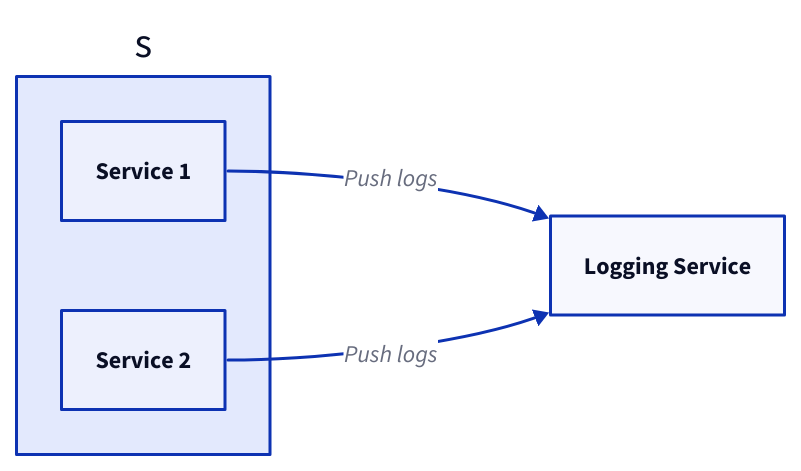
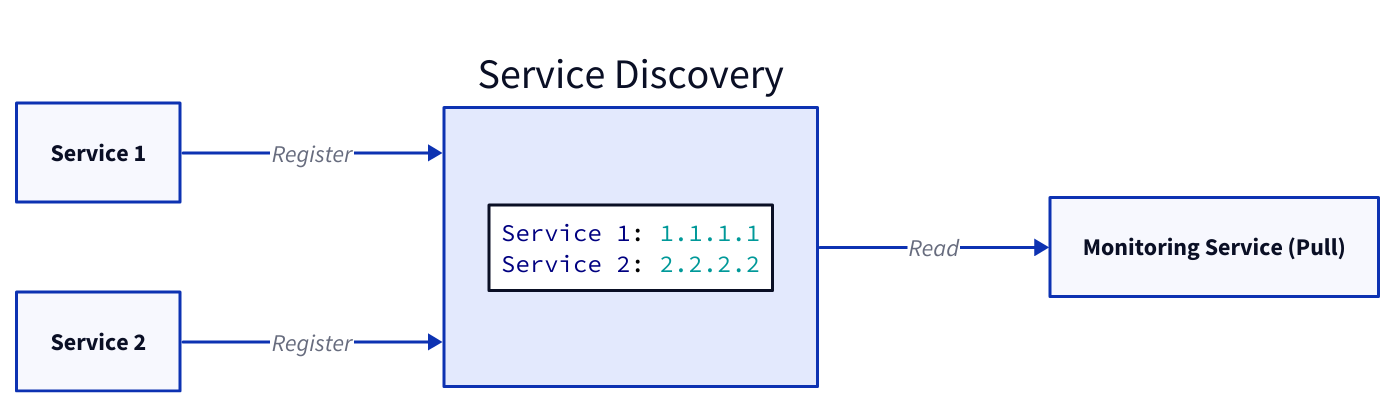
One commit to link1905/system-design-101 changed the sixth of 14 diagrams in content/docs/system-administration/system-monitoring/_index.md. Above: the diagram before and after it, drawn with D2. The commit also changed other lines of this file and 12 other files, not shown here.

````diff
--- a/content/docs/system-administration/system-monitoring/_index.md
+++ b/content/docs/system-administration/system-monitoring/_index.md
@@ -119,17 +346,26 @@
 ```d2
 direction: right
-s {
-  class: none
-  s1: Service 1 {
-      class: server
-  }
-  s2: Service 2 {
-      class: server
-  }
+
+s1: Service 1 {
+  class: server
 }
-m: Logging Service {
-    class: monitor
+
+s2: Service 2 {
+  class: server
 }
-s.s1 -> m: Push logs
-s.s2 -> m: Push logs
+
+s: Service Discovery {
+  c: |||yaml
+  Service 1: 1.1.1.1
+  Service 2: 2.2.2.2
+  |||
+}
+
+m: Monitoring Service (Pull) {
+  class: server
+}
+
+s1 -> s: Register
+s2 -> s: Register
+m <- s: Read
 ```
````
